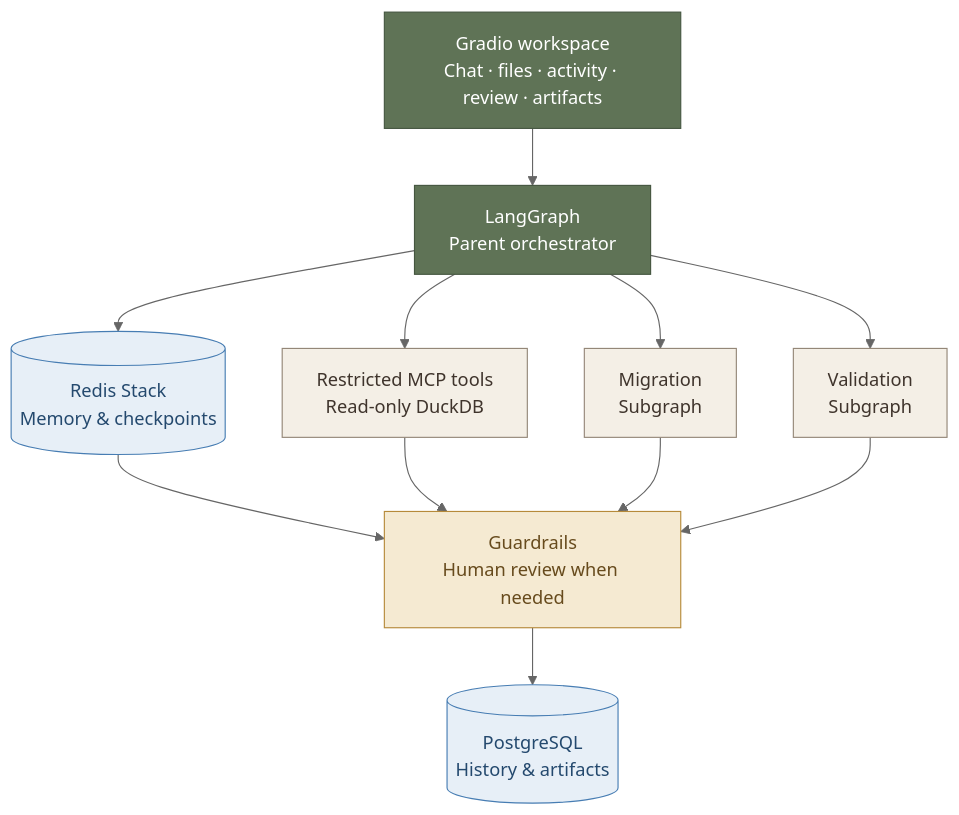
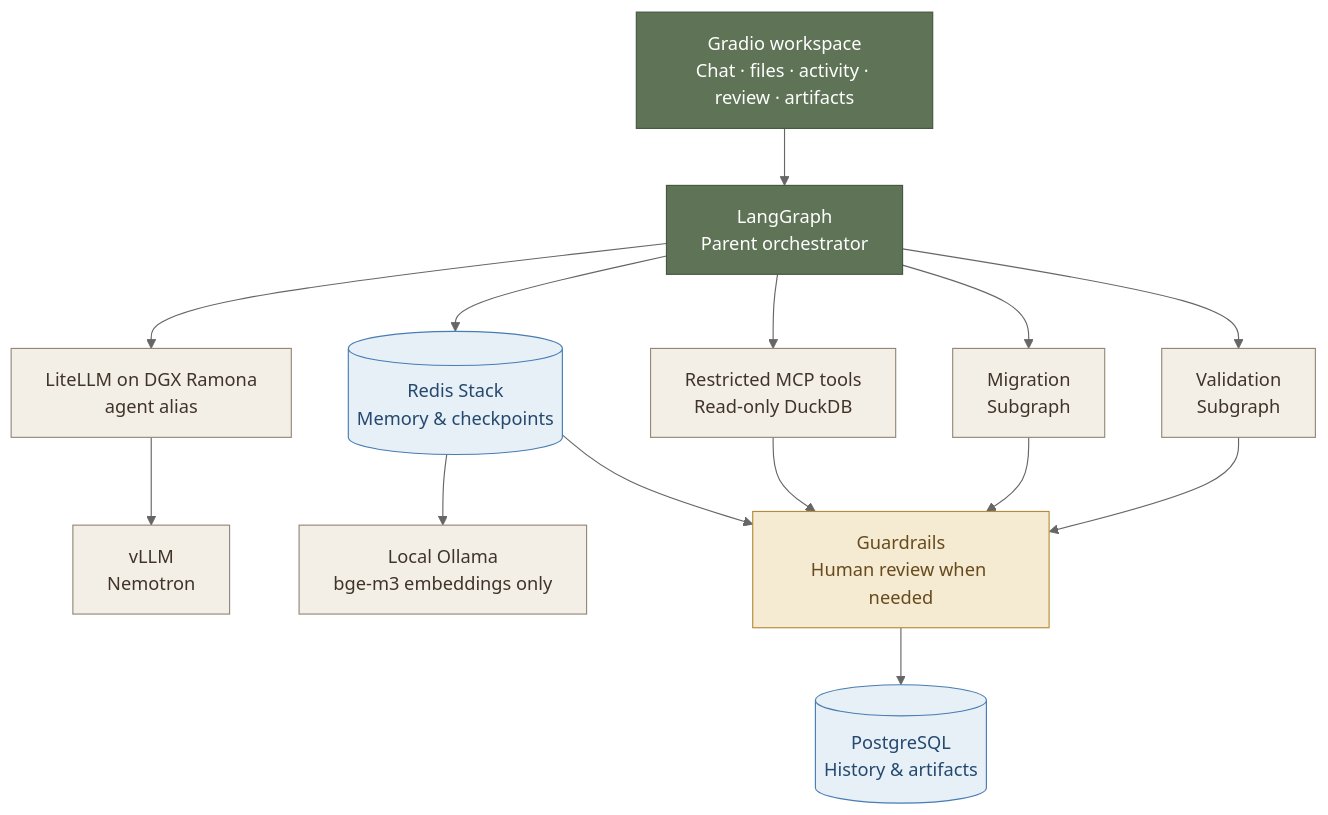
One commit to mavsanchez/cmu-schemashift-agentic-capstone changed the diagram in README.md. Above: the diagram before and after it, drawn with Mermaid (neutral theme). The commit also changed other lines of this file and 15 other files, not shown here.

````diff
--- a/README.md
+++ b/README.md
@@ -17,25 +19,30 @@
 ```mermaid
 flowchart TD
     UI["Gradio workspace<br/>Chat · files · activity · review · artifacts"]
     Parent["LangGraph<br/>Parent orchestrator"]
     Redis[("Redis Stack<br/>Memory & checkpoints")]
     MCP["Restricted MCP tools<br/>Read-only DuckDB"]
     Migration["Migration<br/>Subgraph"]
     Validation["Validation<br/>Subgraph"]
+    LiteLLM["LiteLLM on DGX Ramona<br/>agent alias"]
+    vLLM["vLLM<br/>Nemotron"]
+    Embeddings["Local Ollama<br/>bge-m3 embeddings only"]
     Review["Guardrails<br/>Human review when needed"]
     Postgres[("PostgreSQL<br/>History & artifacts")]
 
     UI --> Parent
-    Parent --> Redis & MCP & Migration & Validation
+    Parent --> Redis & MCP & Migration & Validation & LiteLLM
+    LiteLLM --> vLLM
+    Redis --> Embeddings
     Redis & MCP & Migration & Validation --> Review
     Review --> Postgres
 
     classDef primary fill:#5f7356,stroke:#455640,color:#ffffff
     classDef component fill:#f4efe6,stroke:#948778,color:#3f342c
     classDef storage fill:#e7eff7,stroke:#477db3,color:#24496e
     classDef review fill:#f5ead2,stroke:#b68a3a,color:#674b1d
     class UI,Parent primary
-    class MCP,Migration,Validation component
+    class MCP,Migration,Validation,LiteLLM,vLLM,Embeddings component
     class Redis,Postgres storage
     class Review review
 ```
````
